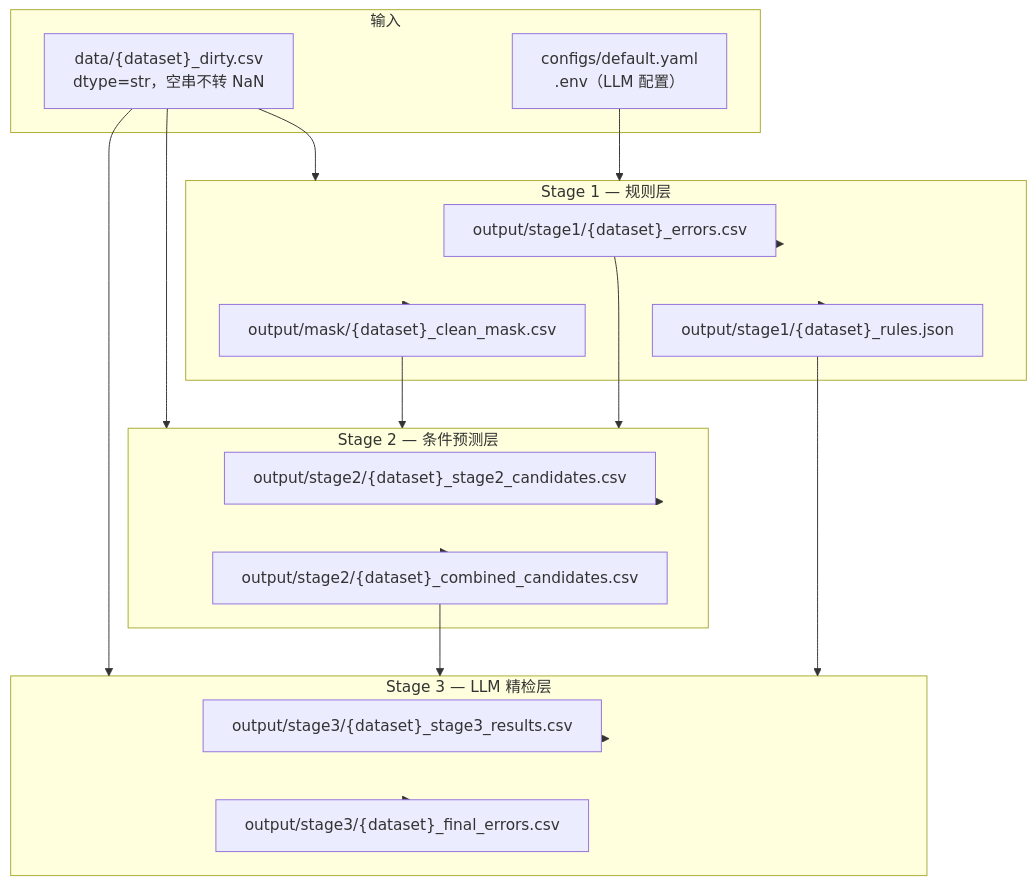
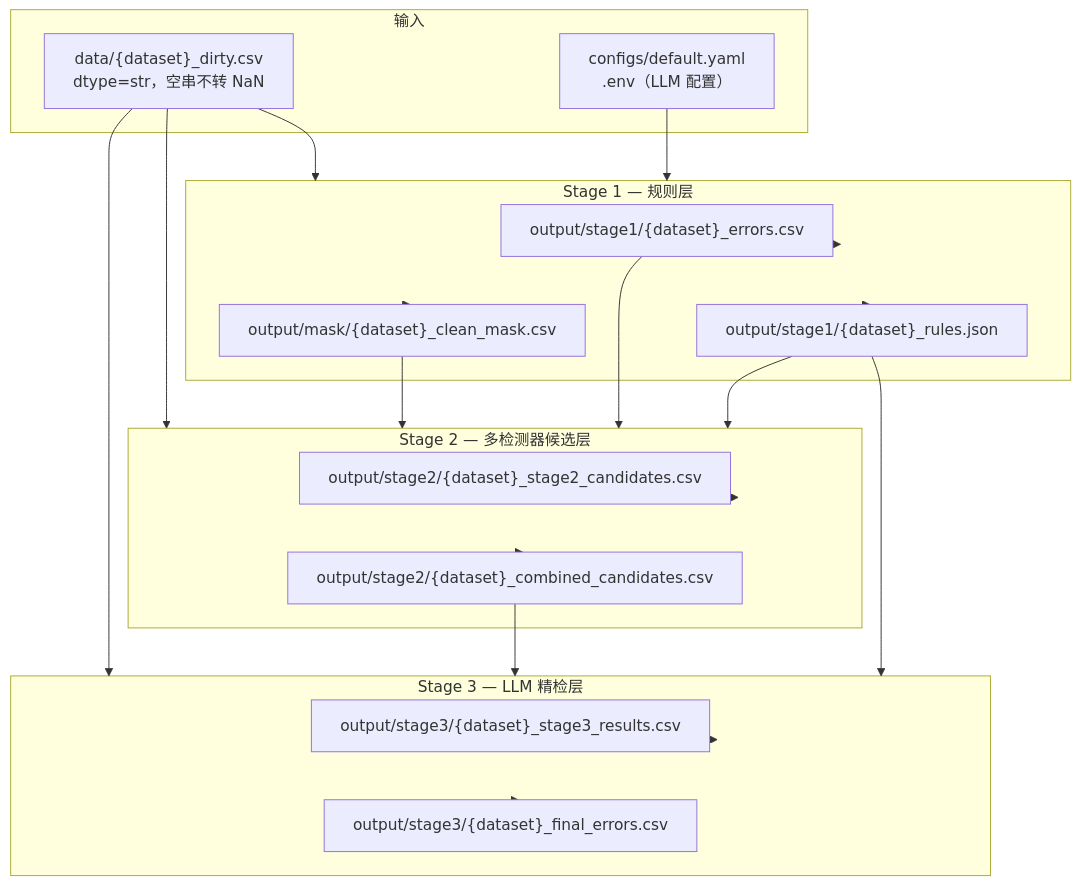
Before and after one commit to 1993371829/error_detect: the second of 5 diagrams in PIPELINE.md, drawn with Mermaid. The commit also changed other lines of this file, not shown here.

````diff
--- a/PIPELINE.md
+++ b/PIPELINE.md
@@ -85,37 +78,38 @@
 ```mermaid
 flowchart TB
     subgraph INPUT["输入"]
         D["data/{dataset}_dirty.csv<br/>dtype=str，空串不转 NaN"]
         CFG["configs/default.yaml<br/>.env（LLM 配置）"]
     end
 
     subgraph S1["Stage 1 — 规则层"]
         E1["output/stage1/{dataset}_errors.csv"]
         R["output/stage1/{dataset}_rules.json"]
         M["output/mask/{dataset}_clean_mask.csv"]
     end
 
-    subgraph S2["Stage 2 — 条件预测层"]
+    subgraph S2["Stage 2 — 多检测器候选层"]
         E2["output/stage2/{dataset}_stage2_candidates.csv"]
         COMB["output/stage2/{dataset}_combined_candidates.csv"]
     end
 
     subgraph S3["Stage 3 — LLM 精检层"]
         RES["output/stage3/{dataset}_stage3_results.csv"]
         FIN["output/stage3/{dataset}_final_errors.csv"]
     end
 
     D --> S1
     CFG --> S1
     S1 --> E1 & R & M
 
     D --> S2
     M --> S2
     E1 --> S2
+    R --> S2
     S2 --> E2 & COMB
 
     D --> S3
     COMB --> S3
     R --> S3
     S3 --> RES & FIN
 ```
````
